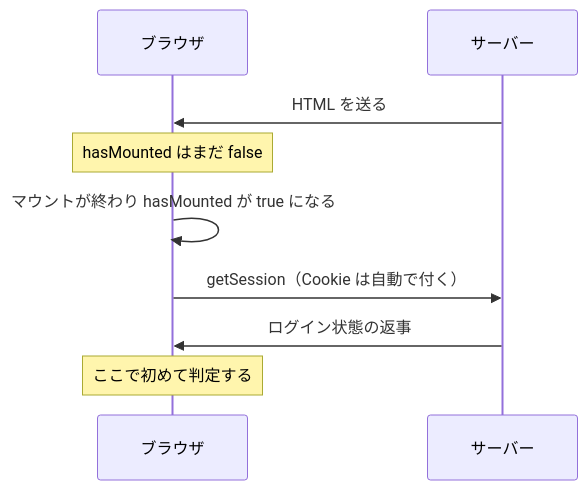
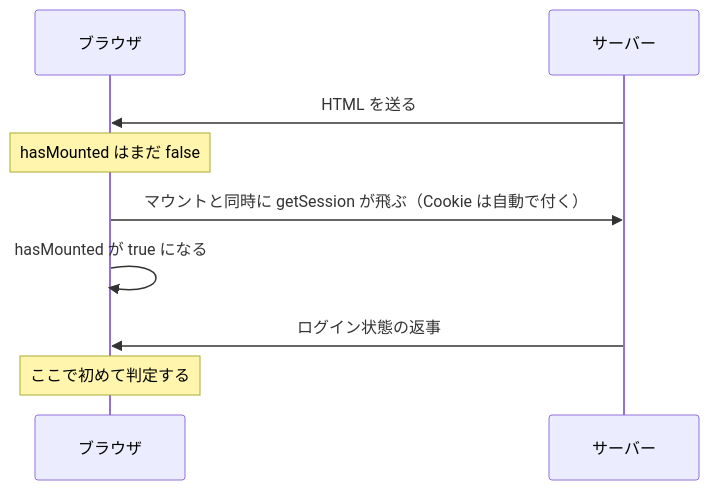
Before and after one commit to kouiso/task-app: the fourth of 5 diagrams in material/30days-curriculum/day08_サイドバーを完成させよう.md, drawn with Mermaid. The commit also changed other lines of this file and 54 other files, not shown here.

````diff
--- a/material/30days-curriculum/day08_サイドバーを完成させよう.md
+++ b/material/30days-curriculum/day08_サイドバーを完成させよう.md
@@ -384,11 +384,11 @@
 ```mermaid
 sequenceDiagram
     participant B as ブラウザ
     participant S as サーバー
     S->>B: HTML を送る
     Note over B: hasMounted はまだ false
-    B->>B: マウントが終わり hasMounted が true になる
-    B->>S: getSession（Cookie は自動で付く）
+    B->>S: マウントと同時に getSession が飛ぶ（Cookie は自動で付く）
+    B->>B: hasMounted が true になる
     S->>B: ログイン状態の返事
     Note over B: ここで初めて判定する
 ```
````
